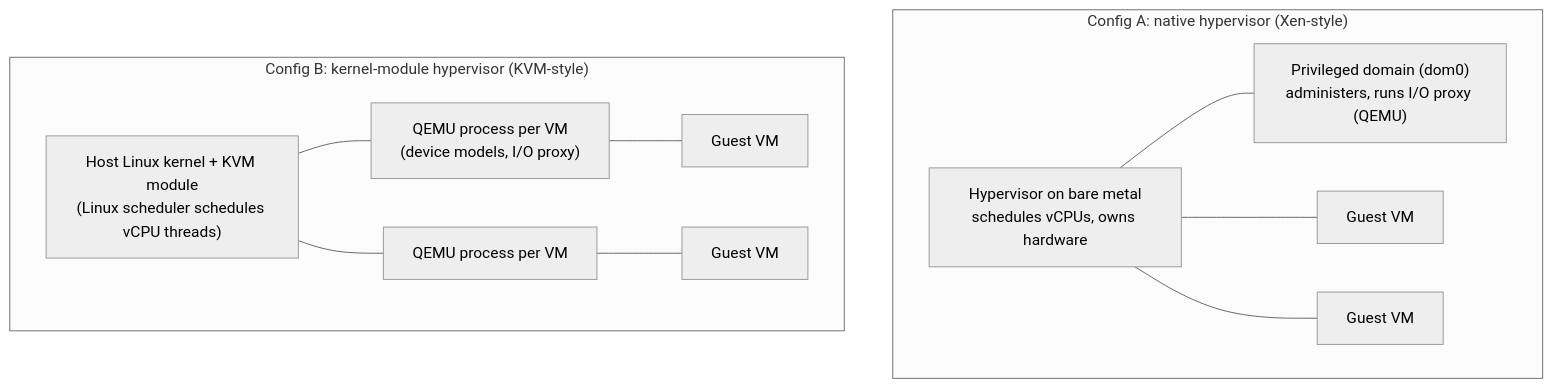
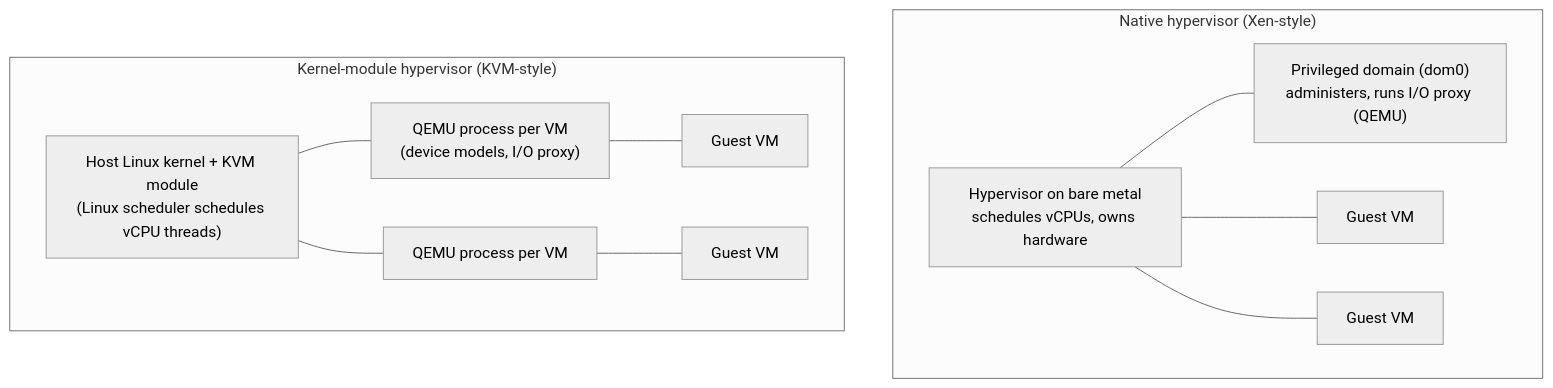
Before and after one commit to jithinpnjm/ai-infra-handbook: the first of 3 diagrams in docs/part-01-linux/26-kvm-qemu-and-libvirt-basics.md, drawn with Mermaid (neutral theme). The commit also changed other lines of this file and 6 other files, not shown here.

````diff
--- a/docs/part-01-linux/26-kvm-qemu-and-libvirt-basics.md
+++ b/docs/part-01-linux/26-kvm-qemu-and-libvirt-basics.md
@@ -56,17 +56,17 @@
 ```mermaid
 flowchart TB
-  subgraph A["Config A: native hypervisor (Xen-style)"]
+  subgraph A["Native hypervisor (Xen-style)"]
     HA["Hypervisor on bare metal\nschedules vCPUs, owns hardware"]
     D0["Privileged domain (dom0)\nadministers, runs I/O proxy (QEMU)"]
     GA1["Guest VM"]; GA2["Guest VM"]
     HA --- D0; HA --- GA1; HA --- GA2
   end
-  subgraph B["Config B: kernel-module hypervisor (KVM-style)"]
+  subgraph B["Kernel-module hypervisor (KVM-style)"]
     HK["Host Linux kernel + KVM module\n(Linux scheduler schedules vCPU threads)"]
     Q1["QEMU process per VM\n(device models, I/O proxy)"]
     Q2["QEMU process per VM"]
     GB1["Guest VM"]; GB2["Guest VM"]
     HK --- Q1 --- GB1
     HK --- Q2 --- GB2
   end
 ```
````
